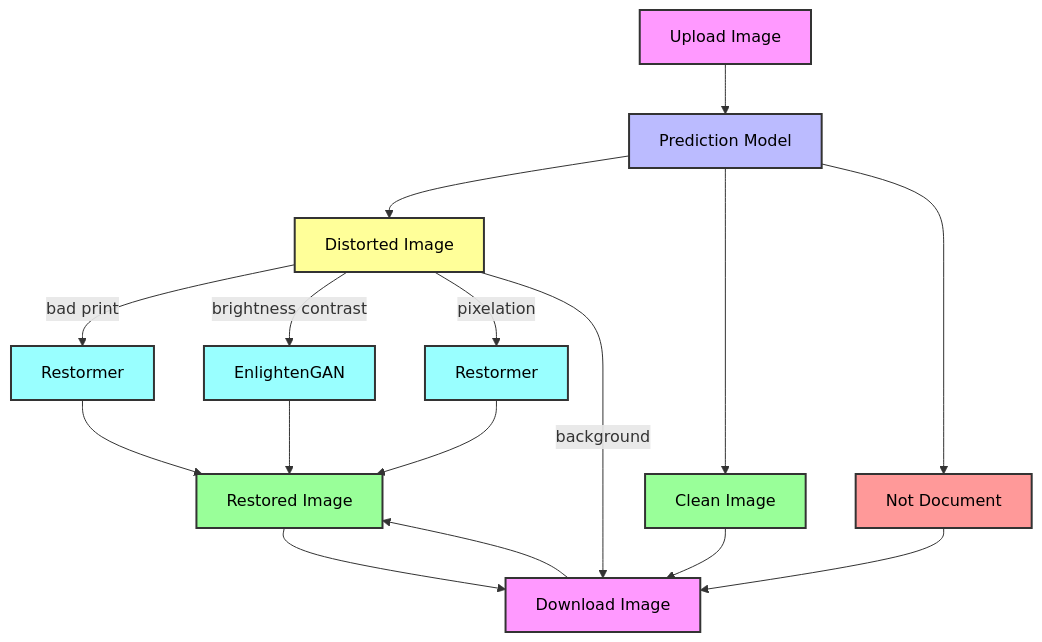
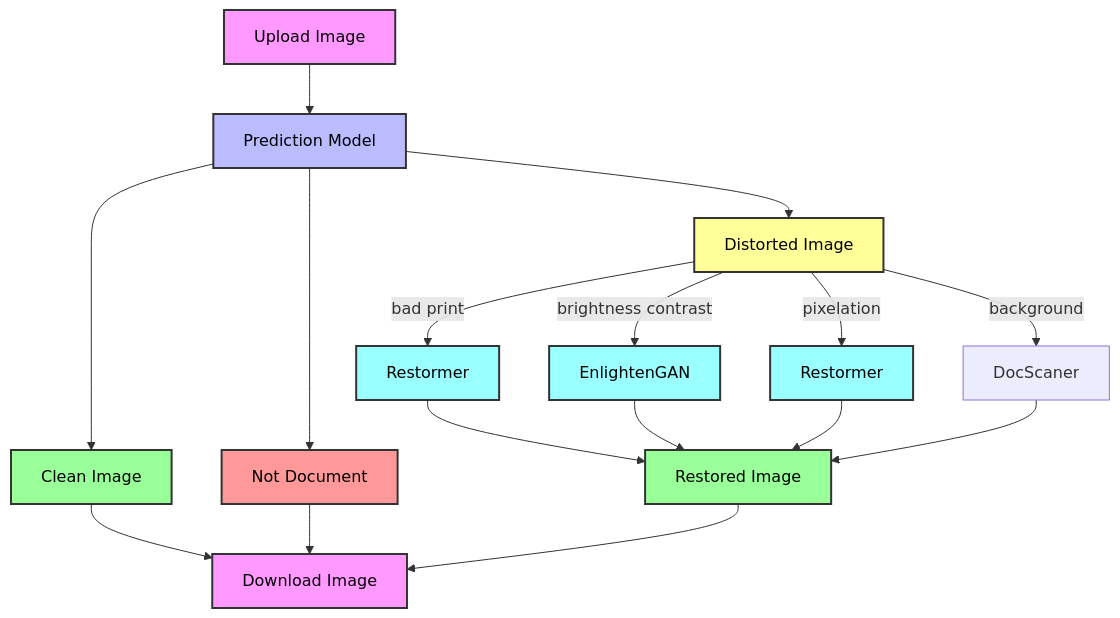
One commit to kudriavtcevroman/Document_Restoration_Project changed the diagram in README.md. Above: the diagram before and after it, drawn with Mermaid.

````diff
--- a/README.md
+++ b/README.md
@@ -114,29 +114,29 @@
 ```mermaid
 graph TD;
     A[Upload Image] --> B[Prediction Model];
     B --> C[Distorted Image];
     B --> D[Clean Image];
     B --> E[Not Document];
     C -->|bad print| F[Restormer];
     C -->|brightness contrast| G[EnlightenGAN];
     C -->|pixelation| H[Restormer];
-    C -->|background| J[DocScaner];
+    C -->|background| K[DocScaner];
     F --> I[Restored Image];
     G --> I[Restored Image];
     H --> I[Restored Image];
-    J --> I[Restored Image];
+    K --> I[Restored Image];
     D --> J[Download Image];
     E --> J[Download Image];
     I --> J[Download Image];
 
     style A fill:#f9f,stroke:#333,color:#000,stroke-width:2px
     style B fill:#bbf,stroke:#333,color:#000,stroke-width:2px
     style C fill:#ff9,stroke:#333,color:#000,stroke-width:2px
     style D fill:#9f9,stroke:#333,color:#000,stroke-width:2px
     style E fill:#f99,stroke:#333,color:#000,stroke-width:2px
     style F fill:#9ff,stroke:#333,color:#000,stroke-width:2px
     style G fill:#9ff,stroke:#333,color:#000,stroke-width:2px
     style H fill:#9ff,stroke:#333,color:#000,stroke-width:2px
     style I fill:#9f9,stroke:#333,color:#000,stroke-width:2px
     style J fill:#f9f,stroke:#333,color:#000,stroke-width:2px
 ```
````
